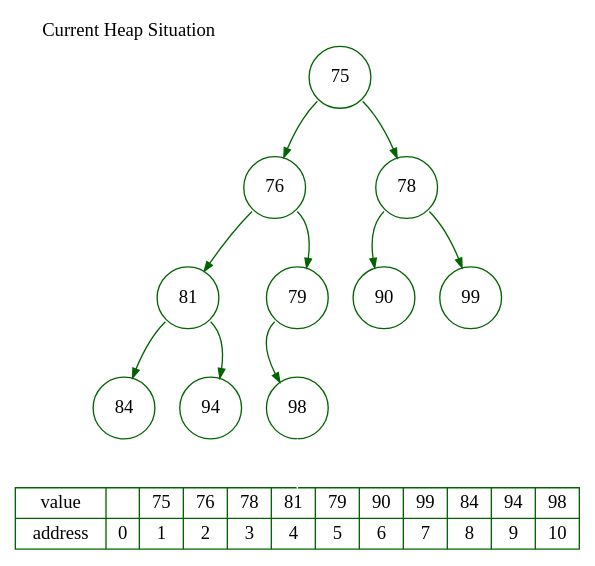
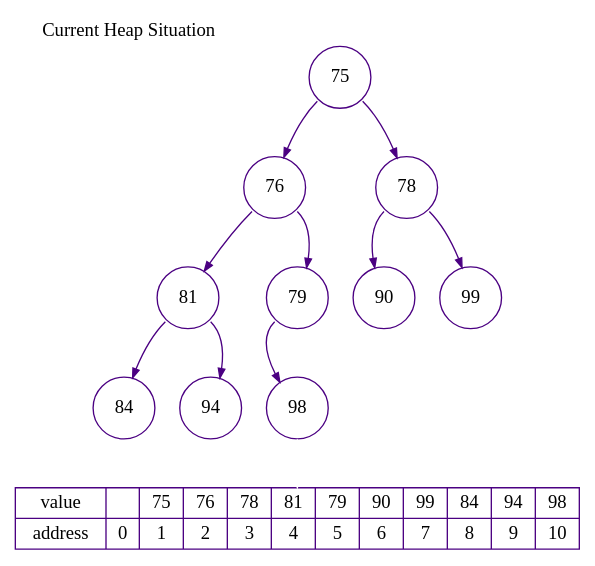
Before and after one commit to zpointS/DataStructure-Algorithm: the diagram in Experiment/Heap/heapT.gv, drawn with Graphviz. The commit also changed 78 other files, not shown here.

```diff
--- a/Experiment/Heap/heapT.gv
+++ b/Experiment/Heap/heapT.gv
@@ -1,29 +1,29 @@
 digraph heapT {
 fontname = "Microsoft YaHei"; labelloc = t; labeljust = l; rankdir = TB;
 label = "Current Heap Situation";
-node [fontname = "Microsoft YaHei", color=darkgreen, shape=circle, height=.1];
-edge [fontname = "Microsoft YaHei", color=darkgreen, style=solid, arrowsize=0.7];
+node [fontname = "Microsoft YaHei", color=indigo, shape=circle, height=.1];
+edge [fontname = "Microsoft YaHei", color=indigo, style=solid, arrowsize=0.7];
 75[label="75"];
 76[label="76"];
 78[label="78"];
 81[label="81"];
 79[label="79"];
 90[label="90"];
 99[label="99"];
 84[label="84"];
 94[label="94"];
 98[label="98"];
 75:sw -> 76;
 75:se -> 78;
 76:sw -> 81;
 76:se -> 79;
 78:sw -> 90;
 78:se -> 99;
 81:sw -> 84;
 81:se -> 94;
 79:sw -> 98;
-node [fontname = "Microsoft YaHei", color=darkgreen, shape=record, height=.1];
-edge [fontname = "Microsoft YaHei", color=darkgreen, style=solid];
+node [fontname = "Microsoft YaHei", color=indigo, shape=record, height=.1];
+edge [fontname = "Microsoft YaHei", color=indigo, style=solid];
 struct [ label = "{value|address} |{|0} | {75|1} | {76|2} | {78|3} | {81|4} | {79|5} | {90|6} | {99|7} | {84|8} | {94|9} | {98|10} "]; 
 98 -> struct[color=white]; 
 }
```
